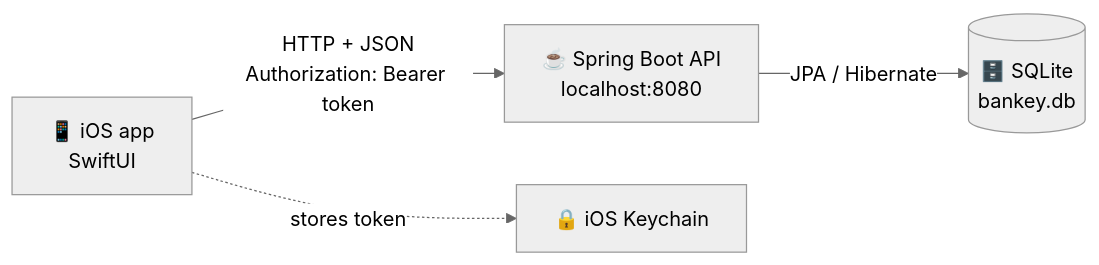
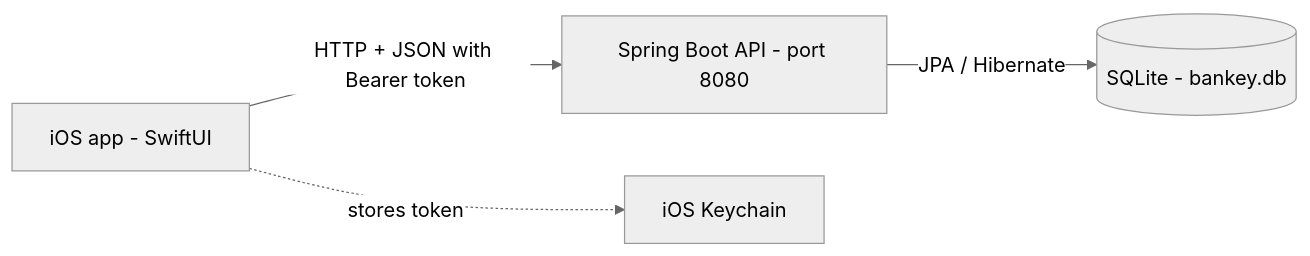
One commit to dbalajeel/bank-app changed the first of 2 diagrams in README.md. Above: the diagram before and after it, drawn with Mermaid (neutral theme).

Commit message:
Simplify README flowchart so GitHub can draw it

````diff
--- a/README.md
+++ b/README.md
@@ -8,6 +8,6 @@
 ```mermaid
 flowchart LR
-    A["📱 iOS app<br/>SwiftUI"] -- "HTTP + JSON<br/>Authorization: Bearer token" --> B["☕ Spring Boot API<br/>localhost:8080"]
-    B -- "JPA / Hibernate" --> C[("🗄️ SQLite<br/>bankey.db")]
-    A -. "stores token" .-> K["🔒 iOS Keychain"]
+    App["iOS app - SwiftUI"] -->|"HTTP + JSON with Bearer token"| API["Spring Boot API - port 8080"]
+    API -->|"JPA / Hibernate"| DB[("SQLite - bankey.db")]
+    App -.->|"stores token"| KC["iOS Keychain"]
 ```
````
